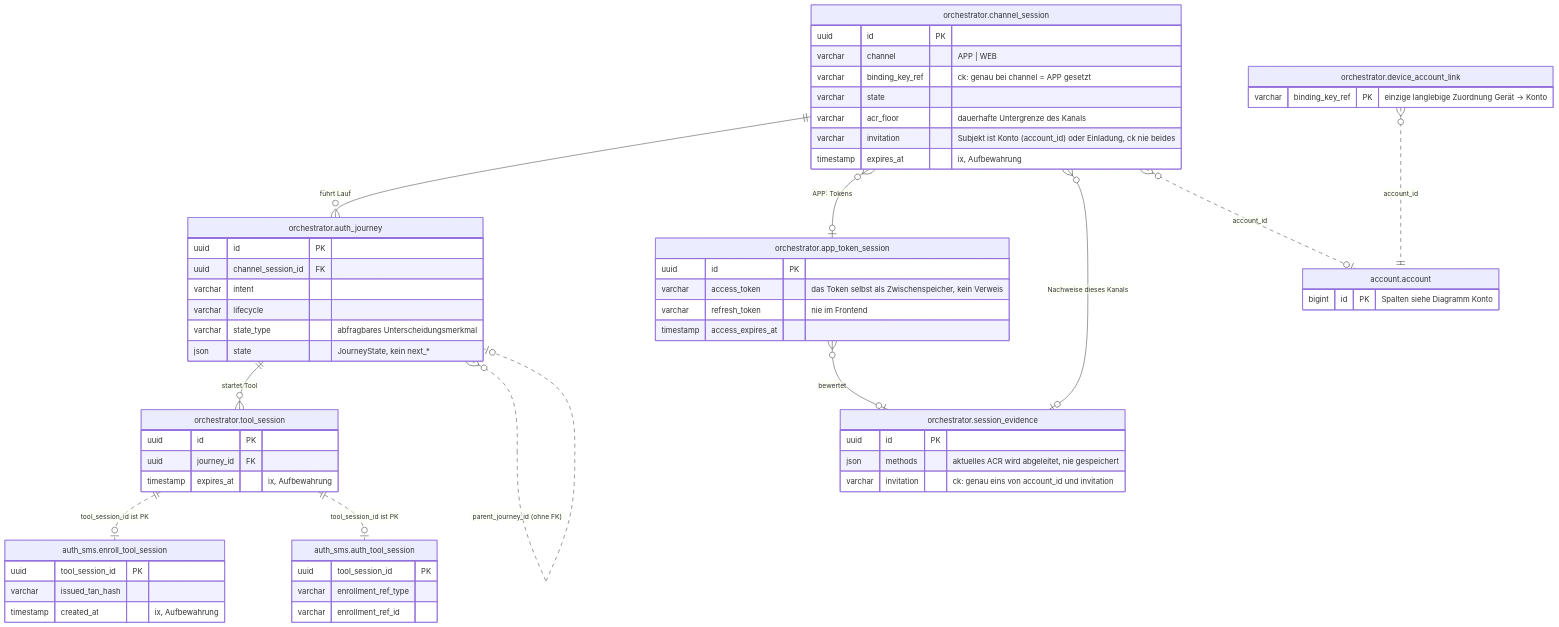
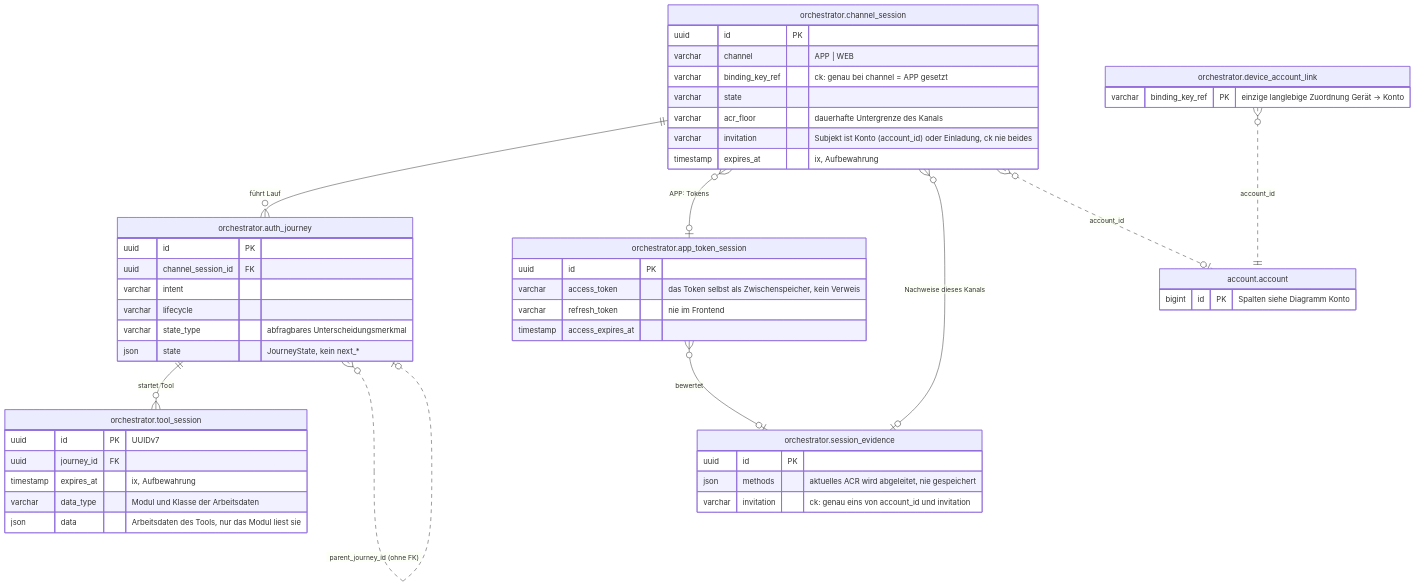
Before and after one commit to rpreissel/identity-demo: the fifth of 5 diagrams in docs/02-domaenenmodell.md, drawn with Mermaid. The commit also changed other lines of this file and 135 other files, not shown here.

````diff
--- a/docs/02-domaenenmodell.md
+++ b/docs/02-domaenenmodell.md
@@ -501,63 +501,53 @@
 ```mermaid
 erDiagram
   orchestrator.channel_session ||--o{ orchestrator.auth_journey : "führt Lauf"
   orchestrator.auth_journey ||--o{ orchestrator.tool_session : "startet Tool"
   orchestrator.channel_session }o--o| orchestrator.app_token_session : "APP: Tokens"
   orchestrator.channel_session }o--o| orchestrator.session_evidence : "Nachweise dieses Kanals"
   orchestrator.app_token_session }o--o| orchestrator.session_evidence : "bewertet"
   orchestrator.auth_journey }o..o| orchestrator.auth_journey : "parent_journey_id (ohne FK)"
-  orchestrator.tool_session ||..o| auth_sms.enroll_tool_session : "tool_session_id ist PK"
-  orchestrator.tool_session ||..o| auth_sms.auth_tool_session : "tool_session_id ist PK"
   orchestrator.channel_session }o..o| account.account : "account_id"
   orchestrator.device_account_link }o..|| account.account : "account_id"
 
   orchestrator.channel_session {
     uuid id PK
     varchar channel "APP | WEB"
     varchar binding_key_ref "ck: genau bei channel = APP gesetzt"
     varchar state
     varchar acr_floor "dauerhafte Untergrenze des Kanals"
     varchar invitation "Subjekt ist Konto (account_id) oder Einladung, ck nie beides"
     timestamp expires_at "ix, Aufbewahrung"
   }
   orchestrator.auth_journey {
     uuid id PK
     uuid channel_session_id FK
     varchar intent
     varchar lifecycle
     varchar state_type "abfragbares Unterscheidungsmerkmal"
     json state "JourneyState, kein next_*"
   }
   orchestrator.tool_session {
-    uuid id PK
+    uuid id PK "UUIDv7"
     uuid journey_id FK
     timestamp expires_at "ix, Aufbewahrung"
+    varchar data_type "Modul und Klasse der Arbeitsdaten"
+    json data "Arbeitsdaten des Tools, nur das Modul liest sie"
   }
   orchestrator.app_token_session {
     uuid id PK
     varchar access_token "das Token selbst als Zwischenspeicher, kein Verweis"
     varchar refresh_token "nie im Frontend"
     timestamp access_expires_at
   }
   orchestrator.session_evidence {
     uuid id PK
     json methods "aktuelles ACR wird abgeleitet, nie gespeichert"
     varchar invitation "ck: genau eins von account_id und invitation"
   }
   orchestrator.device_account_link {
     varchar binding_key_ref PK "einzige langlebige Zuordnung Gerät -> Konto"
   }
   account.account {
     bigint id PK "Spalten siehe Diagramm Konto"
   }
-  auth_sms.enroll_tool_session {
-    uuid tool_session_id PK
-    varchar issued_tan_hash
-    timestamp created_at "ix, Aufbewahrung"
-  }
-  auth_sms.auth_tool_session {
-    uuid tool_session_id PK
-    varchar enrollment_ref_type
-    varchar enrollment_ref_id
-  }
 ```
````
